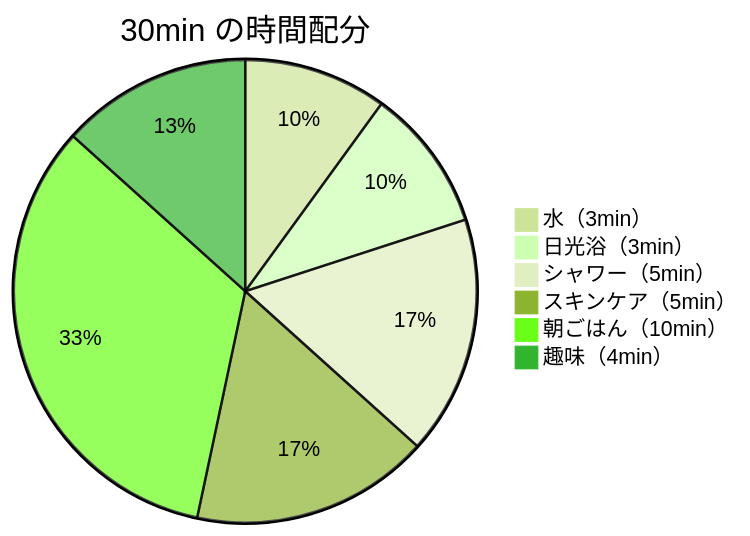
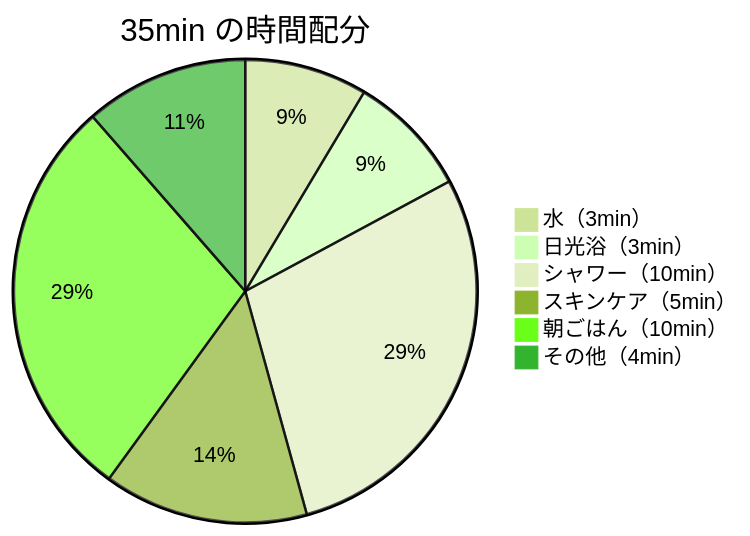
Before and after one commit to iharak058070-afk/test: the third of 12 diagrams in 朝ルーティン定着化プロジェクト.md, drawn with Mermaid (forest theme). The commit also changed other lines of this file, not shown here.

First line of the commit message:
Update 朝ルーティン: シャワー10min化・趣味→その他（ミッション確認+1曲）に変更

````diff
--- a/朝ルーティン定着化プロジェクト.md
+++ b/朝ルーティン定着化プロジェクト.md
@@ -56,9 +56,9 @@
 ```mermaid
-pie title 30min の時間配分
+pie title 35min の時間配分
     "水（3min）" : 3
     "日光浴（3min）" : 3
-    "シャワー（5min）" : 5
+    "シャワー（10min）" : 10
     "スキンケア（5min）" : 5
     "朝ごはん（10min）" : 10
-    "趣味（4min）" : 4
+    "その他（4min）" : 4
 ```
````
